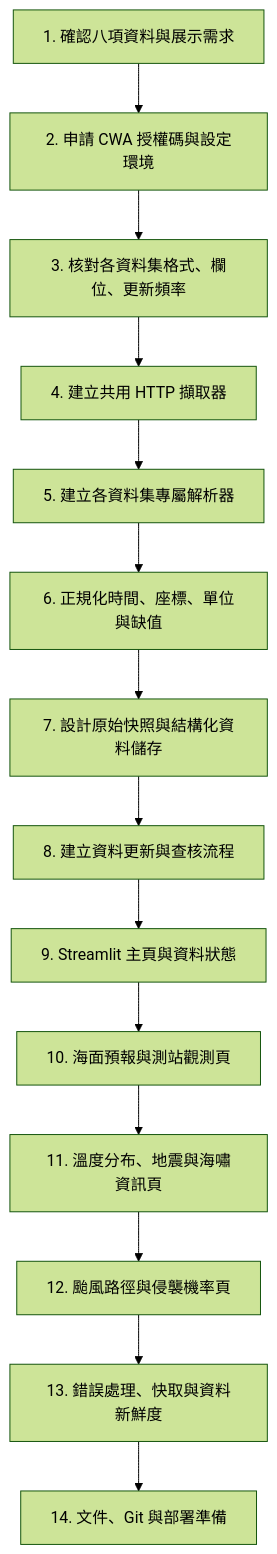
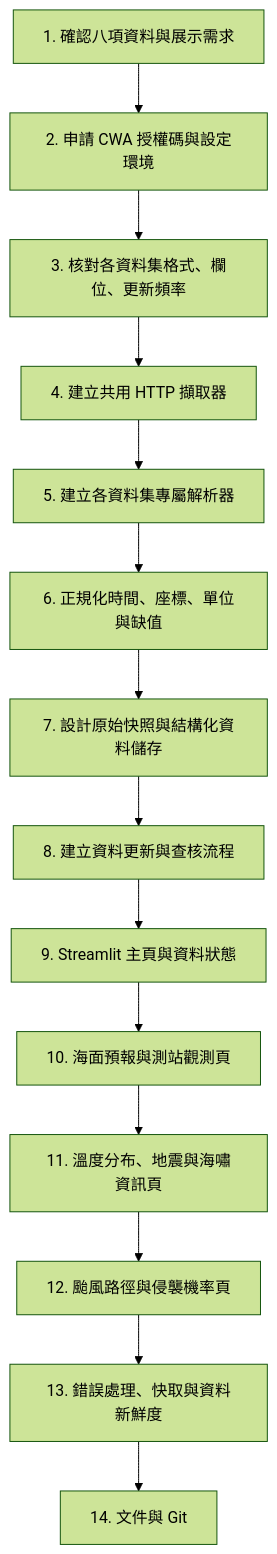
The diagram in workflow.md (lun-09-15/AIoT_L3_CWA_HW1), drawn with Mermaid (forest theme) before and after one commit. The commit also changed other lines of this file and 2 other files, not shown here.

````diff
--- a/workflow.md
+++ b/workflow.md
@@ -21,16 +21,16 @@
 ```mermaid
 flowchart TD
     A[1. 確認八項資料與展示需求] --> B[2. 申請 CWA 授權碼與設定環境]
     B --> C[3. 核對各資料集格式、欄位、更新頻率]
     C --> D[4. 建立共用 HTTP 擷取器]
     D --> E[5. 建立各資料集專屬解析器]
     E --> F[6. 正規化時間、座標、單位與缺值]
     F --> G[7. 設計原始快照與結構化資料儲存]
     G --> H[8. 建立資料更新與查核流程]
     H --> I[9. Streamlit 主頁與資料狀態]
     I --> J[10. 海面預報與測站觀測頁]
     J --> K[11. 溫度分布、地震與海嘯資訊頁]
     K --> L[12. 颱風路徑與侵襲機率頁]
     L --> M[13. 錯誤處理、快取與資料新鮮度]
-    M --> N[14. 文件、Git 與部署準備]
+    M --> N[14. 文件與 Git]
 ```
````
